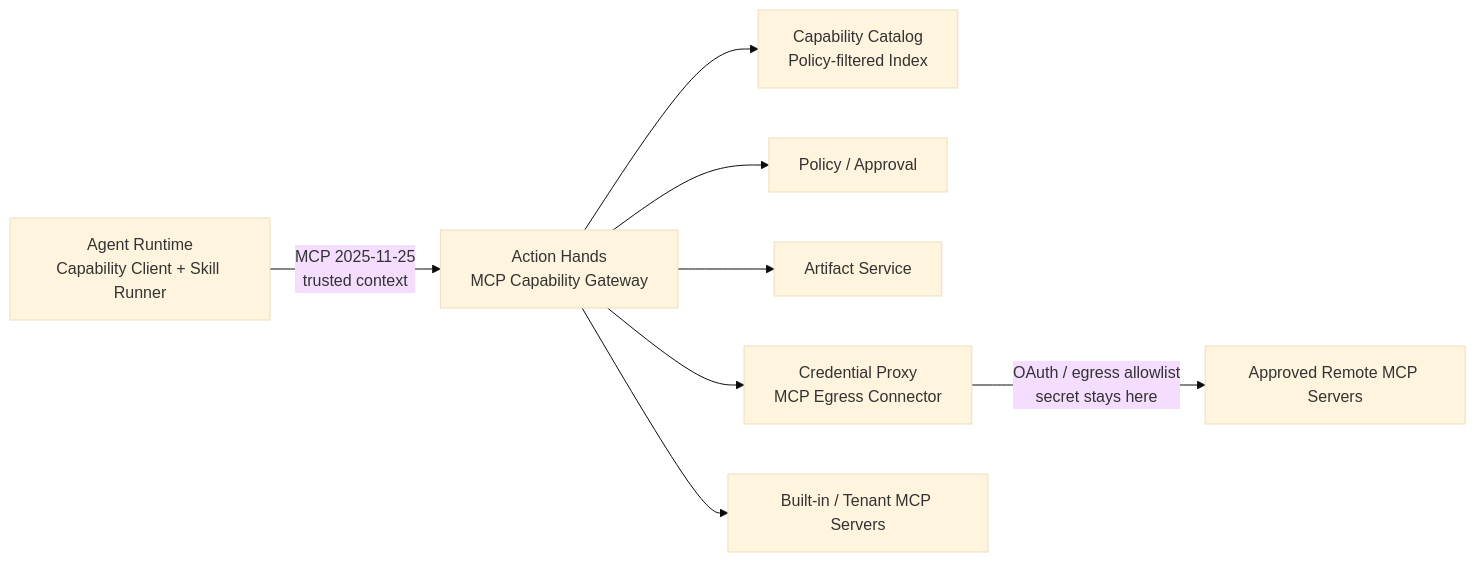
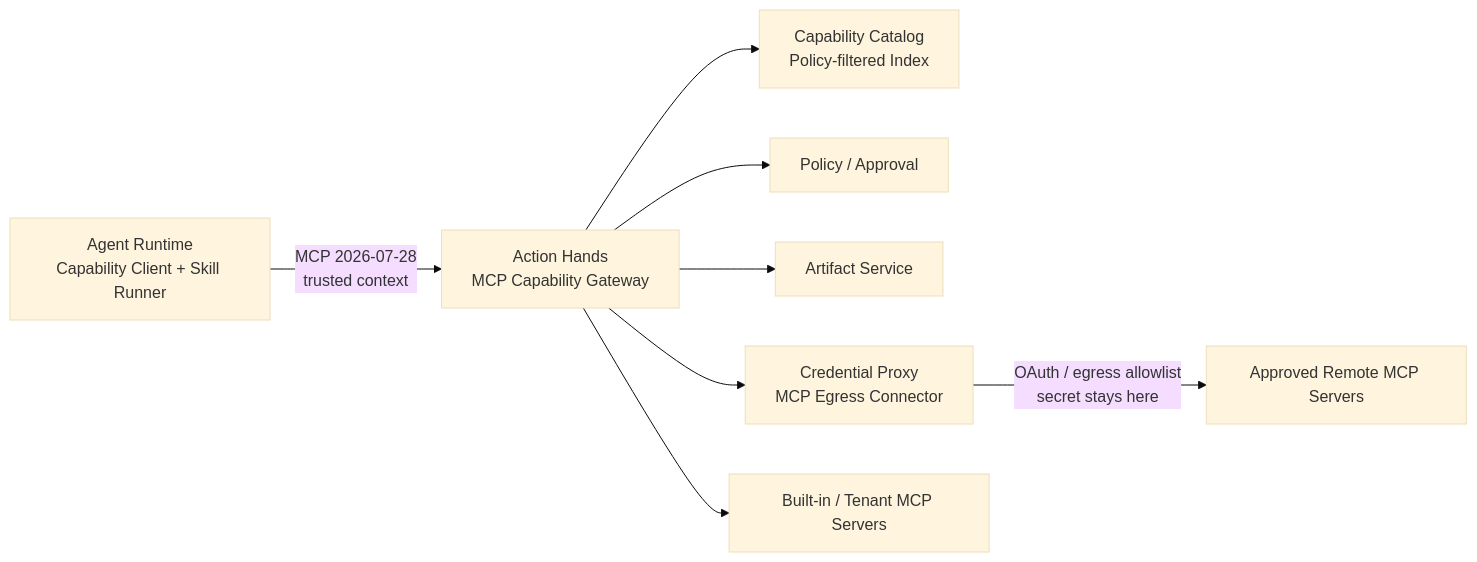
Before and after one commit to sushaofei/AuraClaw: the diagram in docs/Managed Agent 系统架构/23 MCP Runtime 能力平面.md, drawn with Mermaid (base theme). The commit also changed other lines of this file and 24 other files, not shown here.

````diff
--- a/docs/Managed Agent 系统架构/23 MCP Runtime 能力平面.md
+++ b/docs/Managed Agent 系统架构/23 MCP Runtime 能力平面.md
@@ -72,19 +72,19 @@
 ```mermaid
 flowchart LR
     RT["Agent Runtime<br/>Capability Client + Skill Runner"]
     GW["Action Hands<br/>MCP Capability Gateway"]
     CAT["Capability Catalog<br/>Policy-filtered Index"]
     POL["Policy / Approval"]
     ART["Artifact Service"]
     CRED["Credential Proxy<br/>MCP Egress Connector"]
     LOCAL["Built-in / Tenant MCP Servers"]
     REMOTE["Approved Remote MCP Servers"]
 
-    RT -->|"MCP 2025-11-25<br/>trusted context"| GW
+    RT -->|"MCP 2026-07-28<br/>trusted context"| GW
     GW --> CAT
     GW --> POL
     GW --> ART
     GW --> LOCAL
     GW --> CRED
     CRED -->|"OAuth / egress allowlist<br/>secret stays here"| REMOTE
 ```
````
